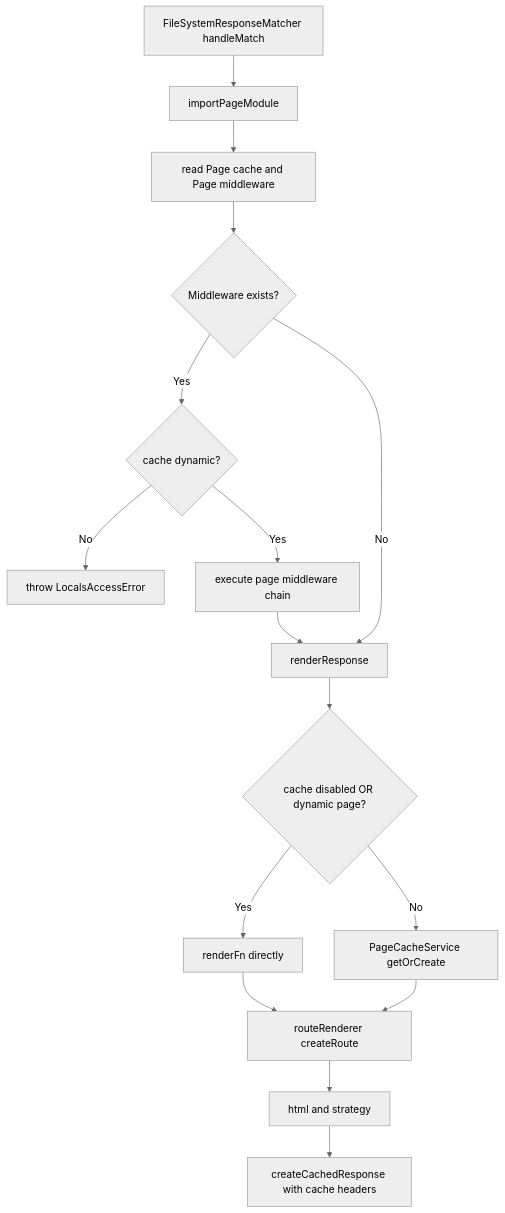
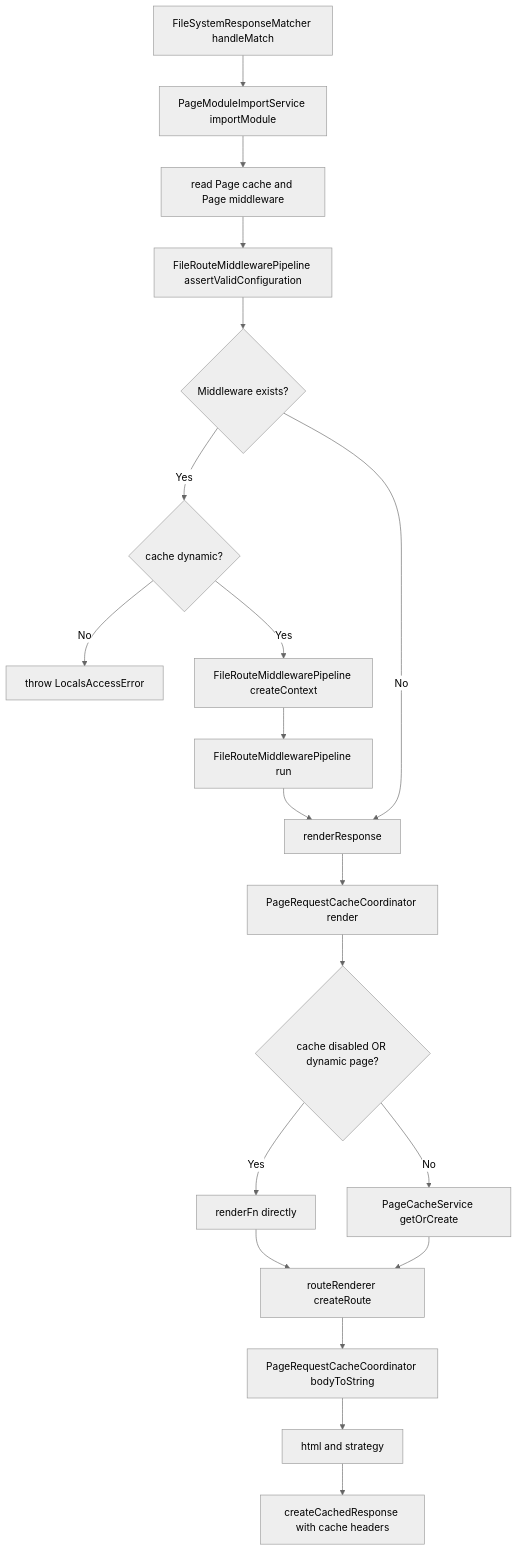
The second of 11 diagrams in packages/core/src/route-renderer/GRAPH.md (ecopages/ecopages), drawn with Mermaid (neutral theme) before and after one commit. The commit also changed other lines of this file and 16 other files, not shown here.

Commit message:
docs(core): update rendering graph and cover extracted rendering services

````diff
--- a/packages/core/src/route-renderer/GRAPH.md
+++ b/packages/core/src/route-renderer/GRAPH.md
@@ -64,22 +64,26 @@
 ```mermaid
 flowchart TD
-  A[FileSystemResponseMatcher handleMatch] --> B[importPageModule]
+  A[FileSystemResponseMatcher handleMatch] --> B[PageModuleImportService importModule]
   B --> C[read Page cache and Page middleware]
-  C --> D{Middleware exists?}
+  C --> D[FileRouteMiddlewarePipeline assertValidConfiguration]
+  D --> E{Middleware exists?}
 
-  D -- Yes --> E{cache dynamic?}
-  E -- No --> F[throw LocalsAccessError]
-  E -- Yes --> G[execute page middleware chain]
-  G --> H[renderResponse]
+  E -- Yes --> F{cache dynamic?}
+  F -- No --> G[throw LocalsAccessError]
+  F -- Yes --> H[FileRouteMiddlewarePipeline createContext]
+  H --> I[FileRouteMiddlewarePipeline run]
 
-  D -- No --> H[renderResponse]
+  E -- No --> J[renderResponse]
+  I --> J
 
-  H --> I{cache disabled OR dynamic page?}
-  I -- Yes --> J[renderFn directly]
-  I -- No --> K[PageCacheService getOrCreate]
+  J --> K[PageRequestCacheCoordinator render]
+  K --> L{cache disabled OR dynamic page?}
+  L -- Yes --> M[renderFn directly]
+  L -- No --> N[PageCacheService getOrCreate]
 
-  J --> L[routeRenderer createRoute]
-  K --> L
-  L --> M[html and strategy]
-  M --> N[createCachedResponse with cache headers]
+  M --> O[routeRenderer createRoute]
+  N --> O
+  O --> P[PageRequestCacheCoordinator bodyToString]
+  P --> Q[html and strategy]
+  Q --> R[createCachedResponse with cache headers]
 ```
````
